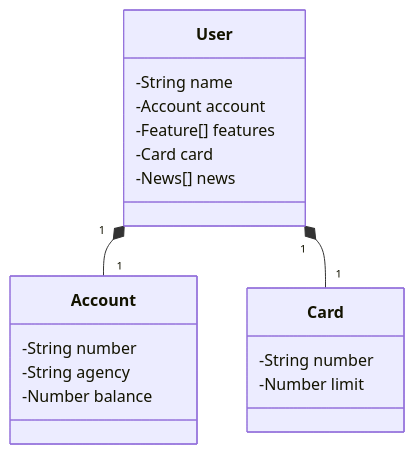
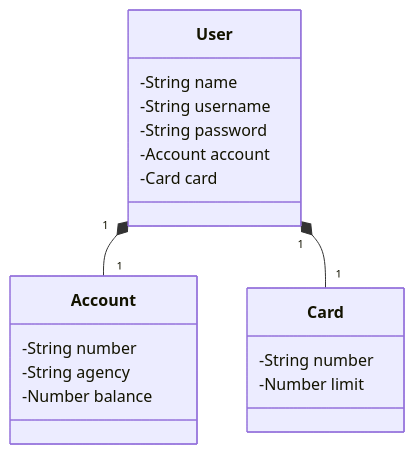
One commit to DevJsobral/Published-API changed the diagram in README.md. Above: the diagram before and after it, drawn with Mermaid.

````diff
--- a/README.md
+++ b/README.md
@@ -60,24 +60,24 @@
 ```mermaid
 classDiagram
   class User {
     -String name
+    -String username
+    -String password 
     -Account account
-    -Feature[] features
     -Card card
-    -News[] news
   }
 
   class Account {
     -String number
     -String agency
     -Number balance
   }
 
   class Card {
     -String number
     -Number limit
   }
 
   User "1" *-- "1" Account
   User "1" *-- "1" Card
 ```
````
